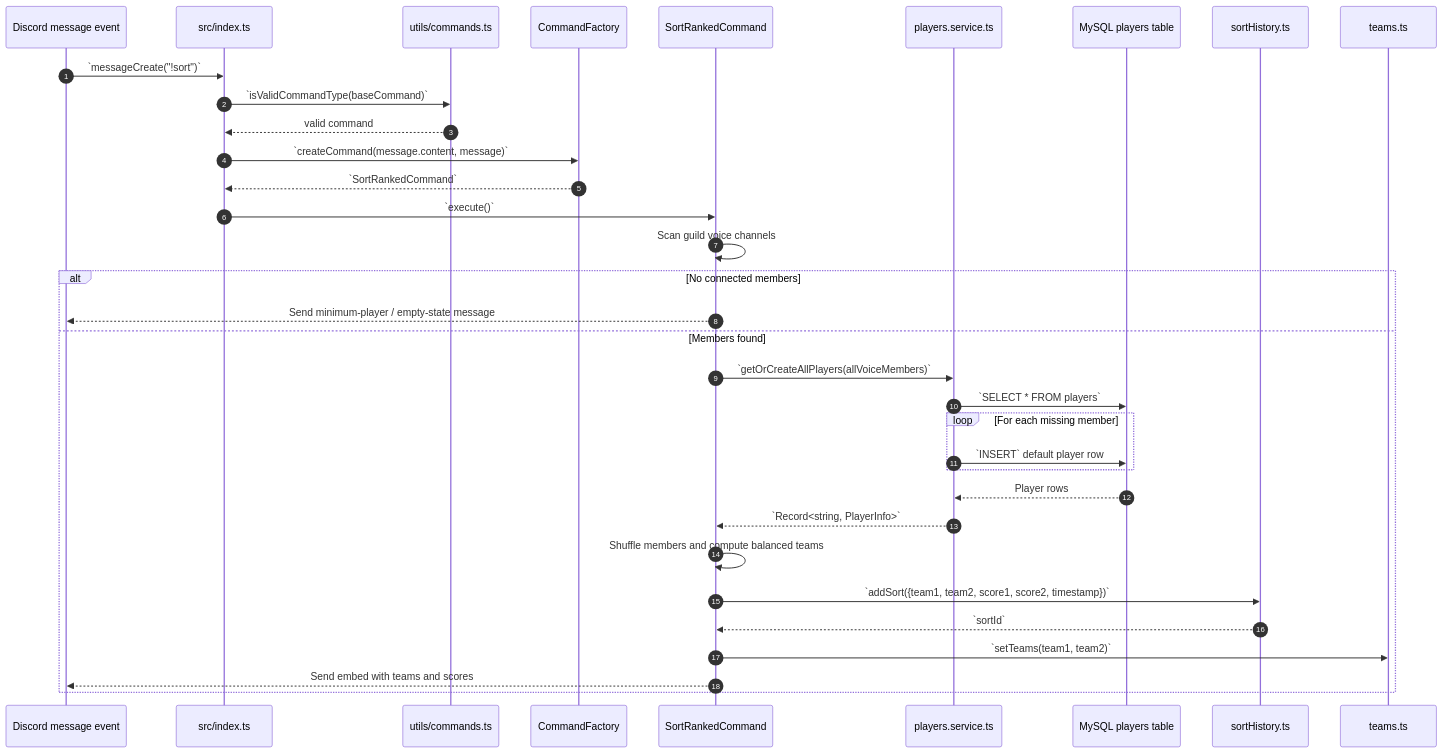
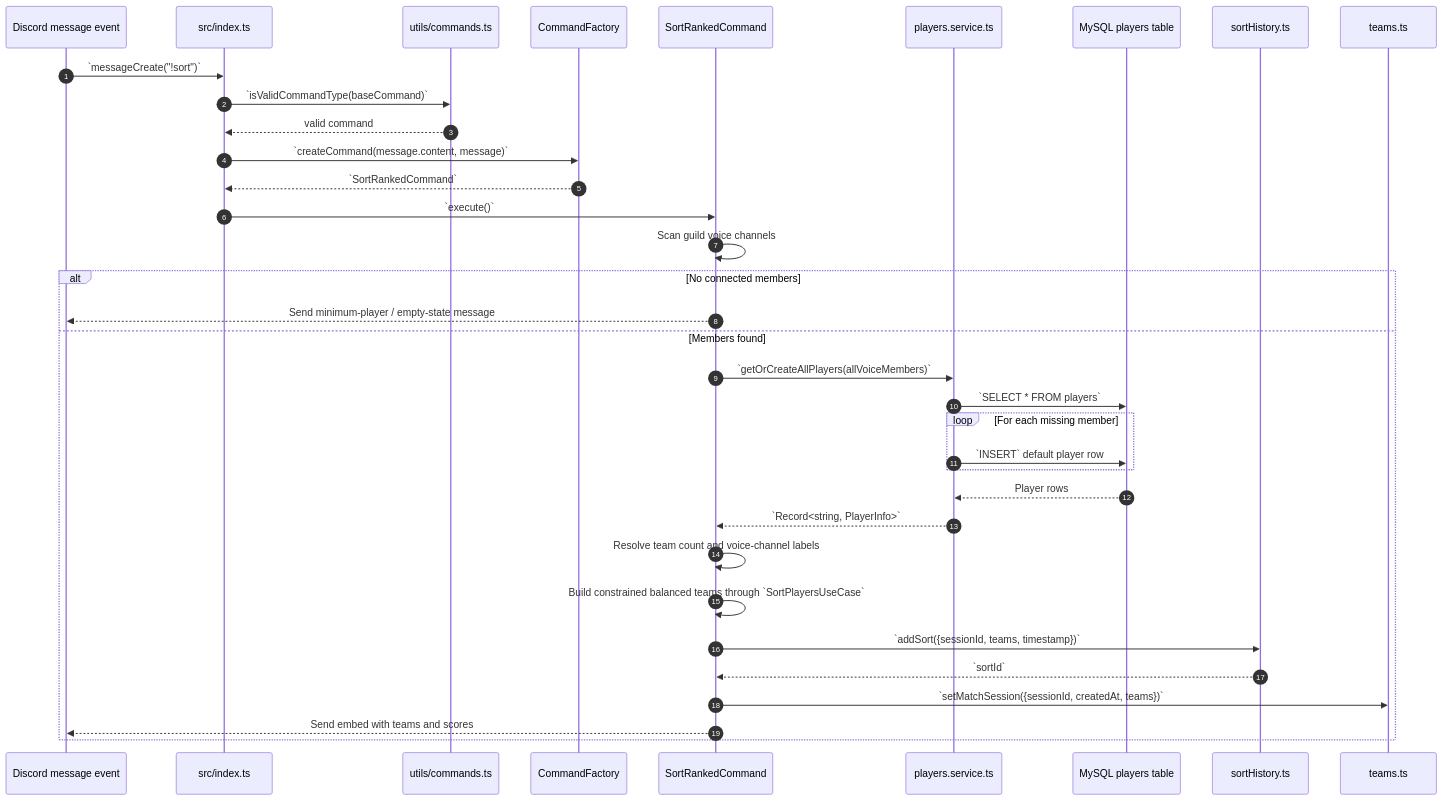
Before and after one commit to Ariel-Patino/discord-sort-players-dota: the fourth of 7 diagrams in documents/ARCHITECTURE.md, drawn with Mermaid. The commit also changed other lines of this file and 45 other files, not shown here.

````diff
--- a/documents/ARCHITECTURE.md
+++ b/documents/ARCHITECTURE.md
@@ -226,37 +227,38 @@
 ```mermaid
 sequenceDiagram
     autonumber
     participant Discord as Discord message event
     participant App as src/index.ts
     participant Validator as utils/commands.ts
     participant Factory as CommandFactory
     participant SortCmd as SortRankedCommand
     participant Service as players.service.ts
     participant DB as MySQL players table
     participant History as sortHistory.ts
     participant Teams as teams.ts
 
     Discord->>App: `messageCreate("!sort")`
     App->>Validator: `isValidCommandType(baseCommand)`
     Validator-->>App: valid command
     App->>Factory: `createCommand(message.content, message)`
     Factory-->>App: `SortRankedCommand`
     App->>SortCmd: `execute()`
     SortCmd->>SortCmd: Scan guild voice channels
     alt No connected members
         SortCmd-->>Discord: Send minimum-player / empty-state message
     else Members found
         SortCmd->>Service: `getOrCreateAllPlayers(allVoiceMembers)`
         Service->>DB: `SELECT * FROM players`
         loop For each missing member
             Service->>DB: `INSERT` default player row
         end
         DB-->>Service: Player rows
         Service-->>SortCmd: `Record<string, PlayerInfo>`
-        SortCmd->>SortCmd: Shuffle members and compute balanced teams
-        SortCmd->>History: `addSort({team1, team2, score1, score2, timestamp})`
+        SortCmd->>SortCmd: Resolve team count and voice-channel labels
+        SortCmd->>SortCmd: Build constrained balanced teams through `SortPlayersUseCase`
+        SortCmd->>History: `addSort({sessionId, teams, timestamp})`
         History-->>SortCmd: `sortId`
-        SortCmd->>Teams: `setTeams(team1, team2)`
+        SortCmd->>Teams: `setMatchSession({sessionId, createdAt, teams})`
         SortCmd-->>Discord: Send embed with teams and scores
     end
 ```
````
